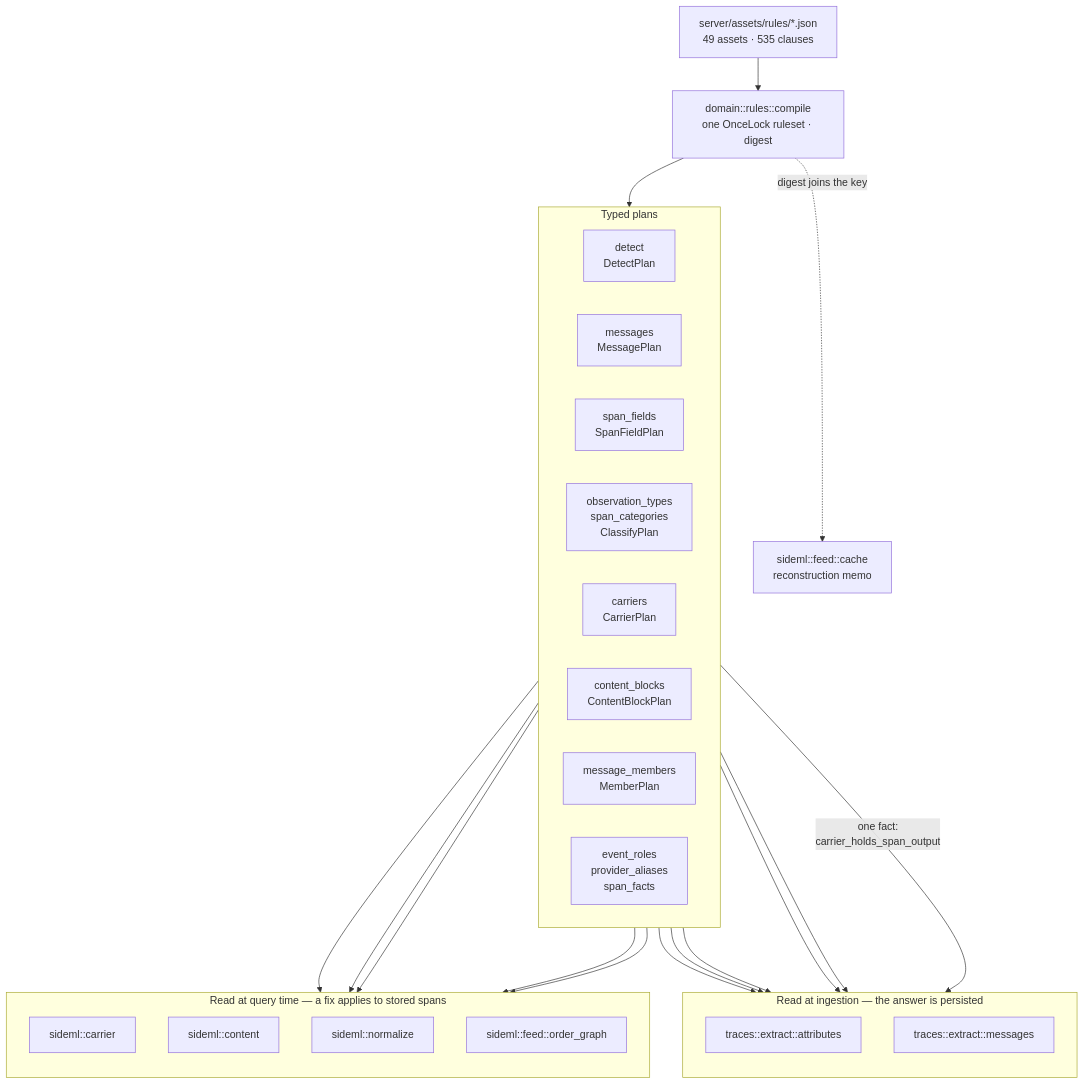
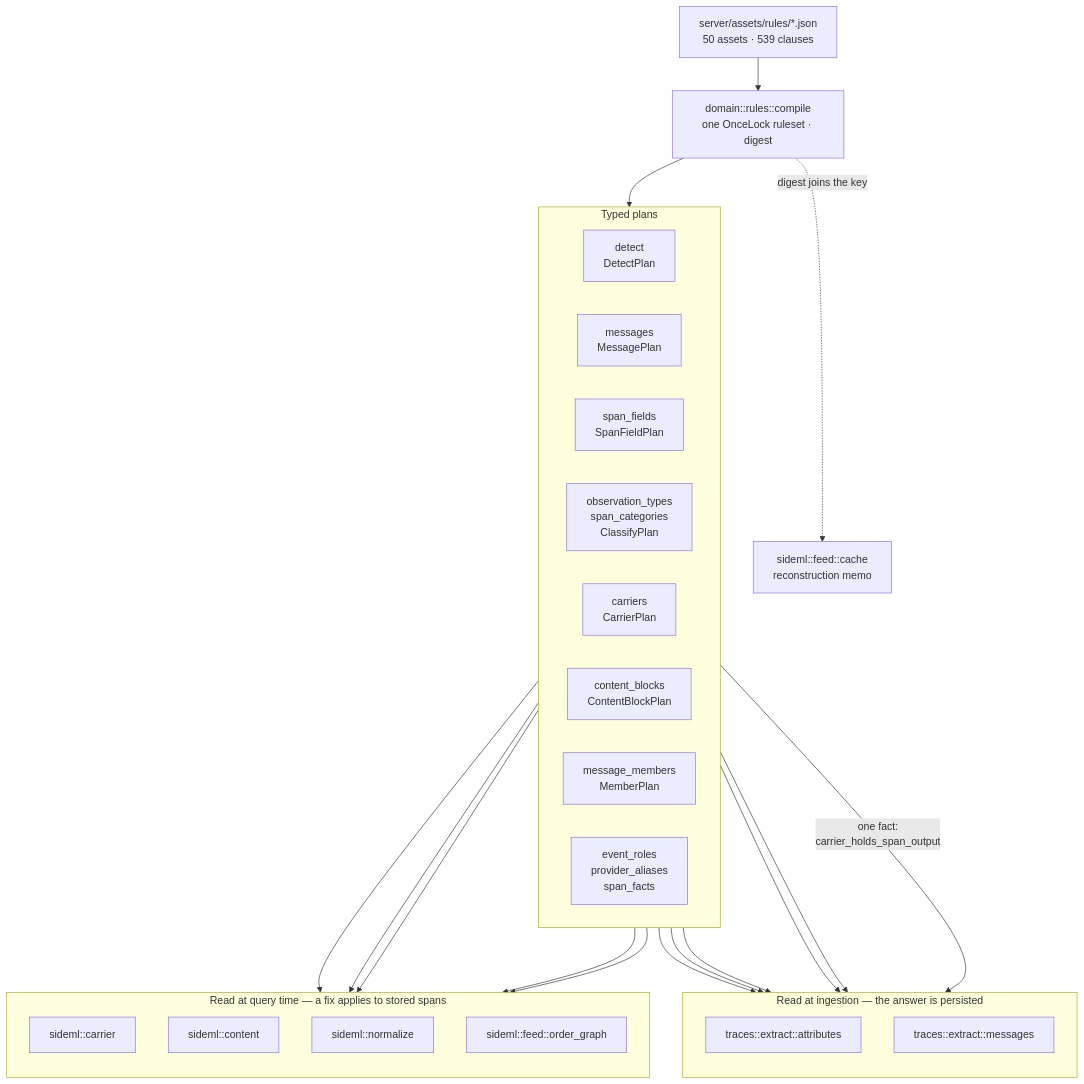
The first of 7 diagrams in docs/engineering/architecture-diagrams.md (sideseat/sideseat), drawn with Mermaid before and after one commit. The commit also changed 11 other files, not shown here.

````diff
--- a/docs/engineering/architecture-diagrams.md
+++ b/docs/engineering/architecture-diagrams.md
@@ -18,47 +18,47 @@
 ```mermaid
 flowchart TB
-    assets["server/assets/rules/*.json<br/>49 assets · 535 clauses"]
+    assets["server/assets/rules/*.json<br/>50 assets · 539 clauses"]
     compile["domain::rules::compile<br/>one OnceLock ruleset · digest"]
     assets --> compile
 
     subgraph plans["Typed plans"]
         direction LR
         detect["detect<br/>DetectPlan"]
         messages["messages<br/>MessagePlan"]
         fields["span_fields<br/>SpanFieldPlan"]
         classify["observation_types<br/>span_categories<br/>ClassifyPlan"]
         carriers["carriers<br/>CarrierPlan"]
         blocks["content_blocks<br/>ContentBlockPlan"]
         members["message_members<br/>MemberPlan"]
         roles["event_roles<br/>provider_aliases<br/>span_facts"]
     end
     compile --> plans
 
     subgraph ingest["Read at ingestion — the answer is persisted"]
         direction TB
         attrs["traces::extract::attributes"]
         msgs["traces::extract::messages"]
     end
 
     subgraph query["Read at query time — a fix applies to stored spans"]
         direction TB
         carrier["sideml::carrier"]
         content["sideml::content"]
         normalize["sideml::normalize"]
         order["sideml::feed::order_graph"]
     end
 
     detect --> attrs
     fields --> attrs
     classify --> attrs
     roles --> attrs
     messages --> msgs
     carriers -->|"one fact:<br/>carrier_holds_span_output"| msgs
     carriers --> carrier
     carriers --> order
     blocks --> content
     members --> content
     roles --> normalize
 
     compile -. "digest joins the key" .-> cache["sideml::feed::cache<br/>reconstruction memo"]
 ```
````
